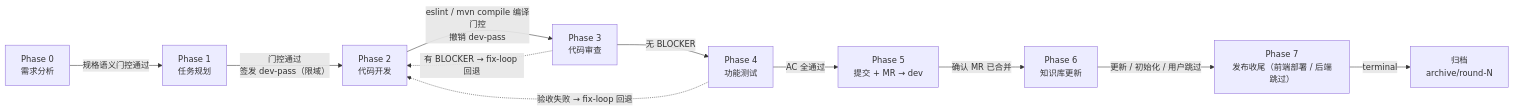
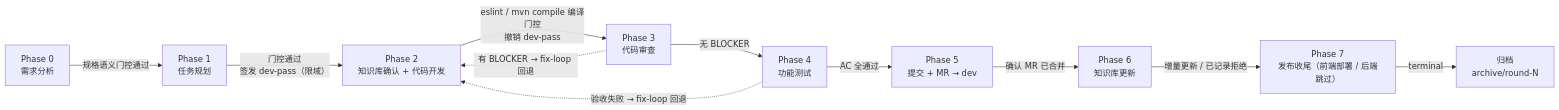
One commit to AbyssPan/fullstackflow changed the first of 2 diagrams in README.md. Above: the diagram before and after it, drawn with Mermaid. The commit also changed other lines of this file and 19 other files, not shown here.

````diff
--- a/README.md
+++ b/README.md
@@ -50,14 +50,14 @@
 ```mermaid
 flowchart LR
     P0["Phase 0<br/>需求分析"] -->|"规格语义门控通过"| P1["Phase 1<br/>任务规划"]
-    P1 -->|"门控通过<br/>签发 dev-pass（限域）"| P2["Phase 2<br/>代码开发"]
+    P1 -->|"门控通过<br/>签发 dev-pass（限域）"| P2["Phase 2<br/>知识库确认 + 代码开发"]
     P2 -->|"eslint / mvn compile 编译门控<br/>撤销 dev-pass"| P3["Phase 3<br/>代码审查"]
     P3 -->|"无 BLOCKER"| P4["Phase 4<br/>功能测试"]
     P4 -->|"AC 全通过"| P5["Phase 5<br/>提交 + MR → dev"]
     P5 -->|"确认 MR 已合并"| P6["Phase 6<br/>知识库更新"]
-    P6 -->|"更新 / 初始化 / 用户跳过"| P7["Phase 7<br/>发布收尾（前端部署 / 后端跳过）"]
+    P6 -->|"增量更新 / 已记录拒绝"| P7["Phase 7<br/>发布收尾（前端部署 / 后端跳过）"]
     P7 -->|"terminal"| ARC["归档<br/>archive/round-N"]
 
     P3 -.->|"有 BLOCKER → fix-loop 回退"| P2
     P4 -.->|"验收失败 → fix-loop 回退"| P2
 ```
````
